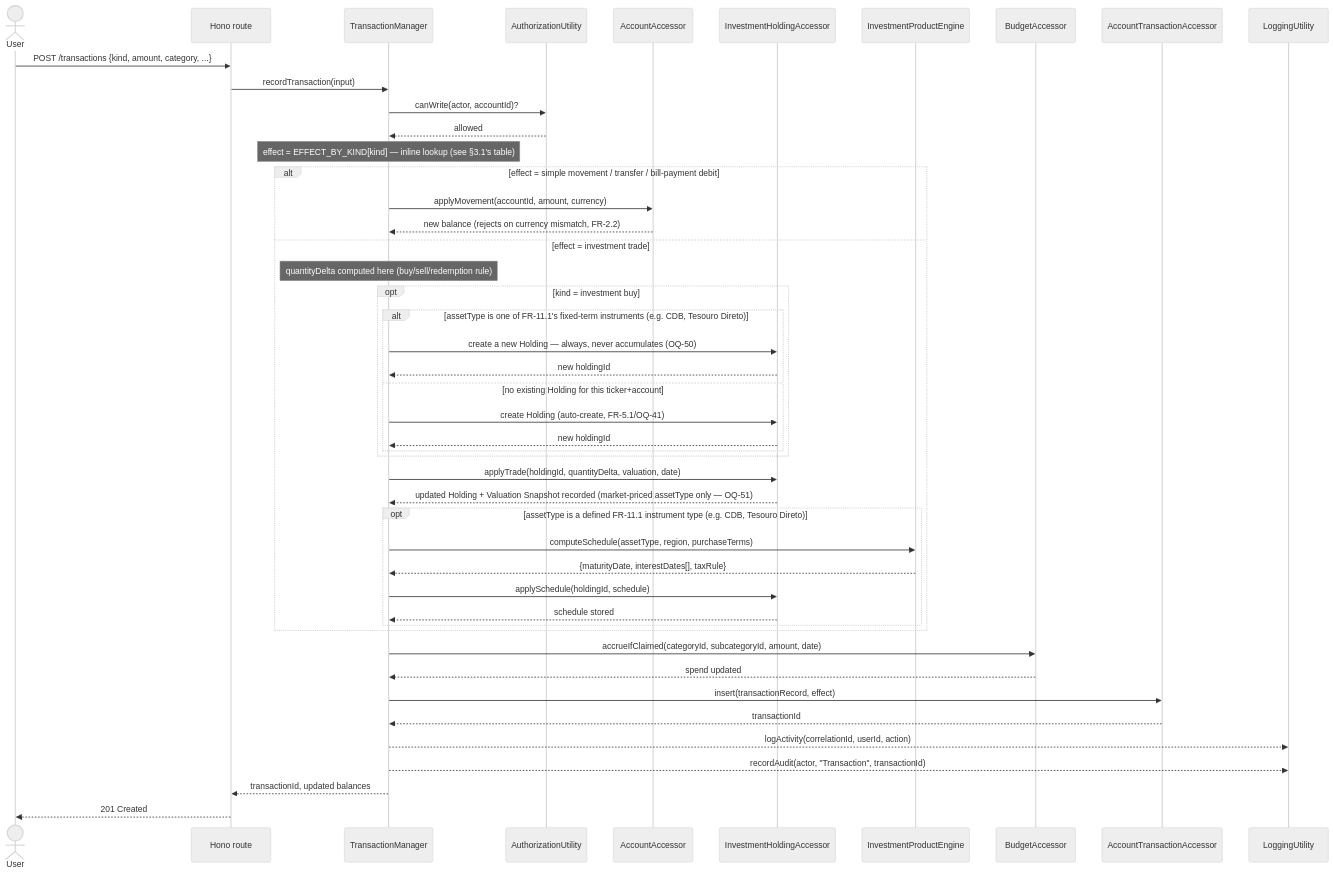
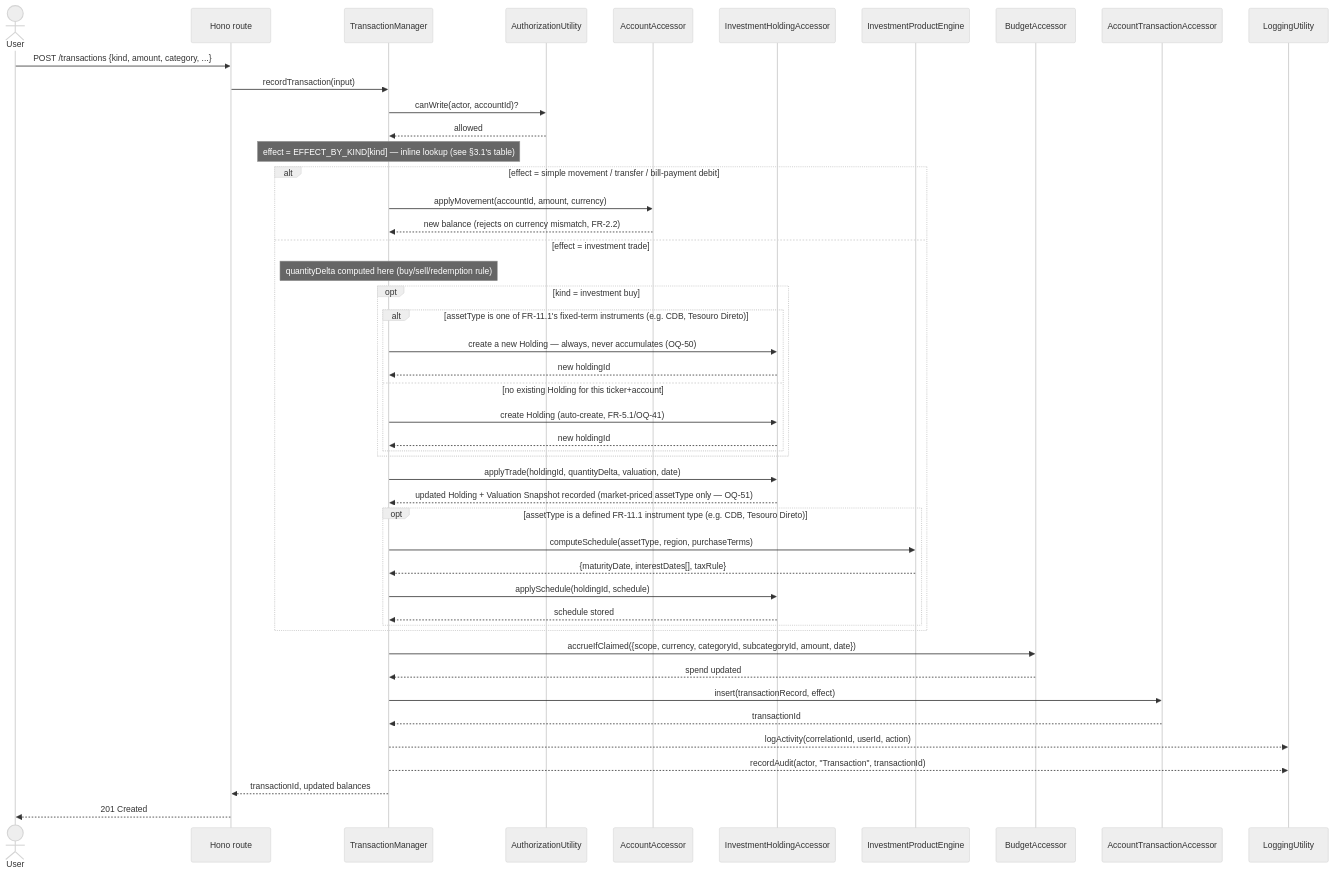
The second of 2 diagrams in docs/architecture/backend/01-vbd-decomposition.md (andrebot/newFinancas), drawn with Mermaid (neutral theme) before and after one commit. The commit also changed other lines of this file and 15 other files, not shown here.

````diff
--- a/docs/architecture/backend/01-vbd-decomposition.md
+++ b/docs/architecture/backend/01-vbd-decomposition.md
@@ -777,50 +777,50 @@
 ```mermaid
 sequenceDiagram
     actor User
     participant API as Hono route
     participant TM as TransactionManager
     participant AZ as AuthorizationUtility
     participant AA as AccountAccessor
     participant IHA as InvestmentHoldingAccessor
     participant IPE as InvestmentProductEngine
     participant BA as BudgetAccessor
     participant ATA as AccountTransactionAccessor
     participant LOG as LoggingUtility
 
     User->>API: POST /transactions {kind, amount, category, ...}
     API->>TM: recordTransaction(input)
     TM->>AZ: canWrite(actor, accountId)?
     AZ-->>TM: allowed
     Note over TM: effect = EFFECT_BY_KIND[kind] — inline lookup (see §3.1's table)
     alt effect = simple movement / transfer / bill-payment debit
         TM->>AA: applyMovement(accountId, amount, currency)
         AA-->>TM: new balance (rejects on currency mismatch, FR-2.2)
     else effect = investment trade
         Note over TM: quantityDelta computed here (buy/sell/redemption rule)
         opt kind = investment buy
             alt assetType is one of FR-11.1's fixed-term instruments (e.g. CDB, Tesouro Direto)
                 TM->>IHA: create a new Holding — always, never accumulates (OQ-50)
                 IHA-->>TM: new holdingId
             else no existing Holding for this ticker+account
                 TM->>IHA: create Holding (auto-create, FR-5.1/OQ-41)
                 IHA-->>TM: new holdingId
             end
         end
         TM->>IHA: applyTrade(holdingId, quantityDelta, valuation, date)
         IHA-->>TM: updated Holding + Valuation Snapshot recorded (market-priced assetType only — OQ-51)
         opt assetType is a defined FR-11.1 instrument type (e.g. CDB, Tesouro Direto)
             TM->>IPE: computeSchedule(assetType, region, purchaseTerms)
             IPE-->>TM: {maturityDate, interestDates[], taxRule}
             TM->>IHA: applySchedule(holdingId, schedule)
             IHA-->>TM: schedule stored
         end
     end
-    TM->>BA: accrueIfClaimed(categoryId, subcategoryId, amount, date)
+    TM->>BA: accrueIfClaimed({scope, currency, categoryId, subcategoryId, amount, date})
     BA-->>TM: spend updated
     TM->>ATA: insert(transactionRecord, effect)
     ATA-->>TM: transactionId
     TM-->>LOG: logActivity(correlationId, userId, action)
     TM-->>LOG: recordAudit(actor, "Transaction", transactionId)
     TM-->>API: transactionId, updated balances
     API-->>User: 201 Created
 ```
````
